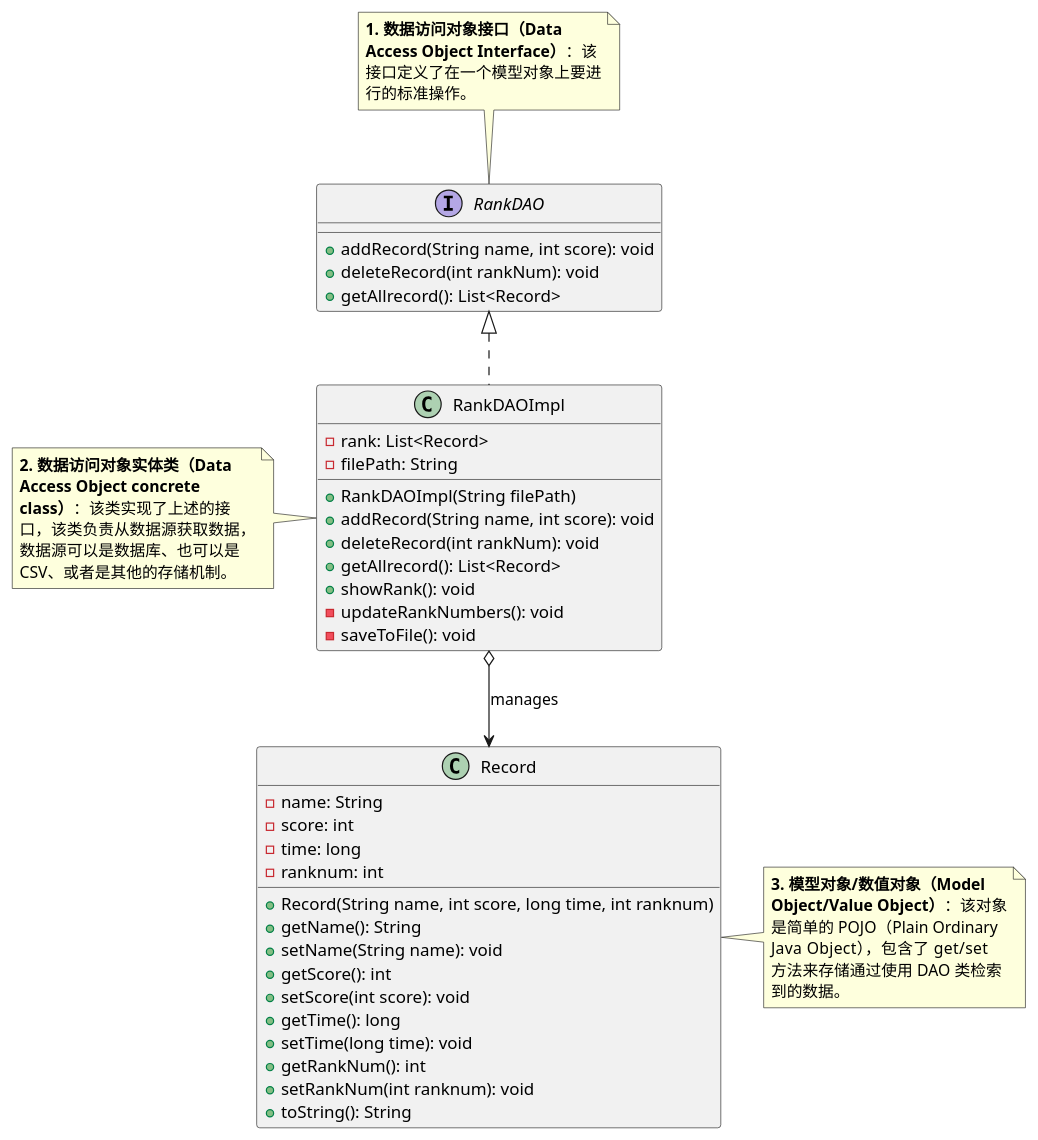
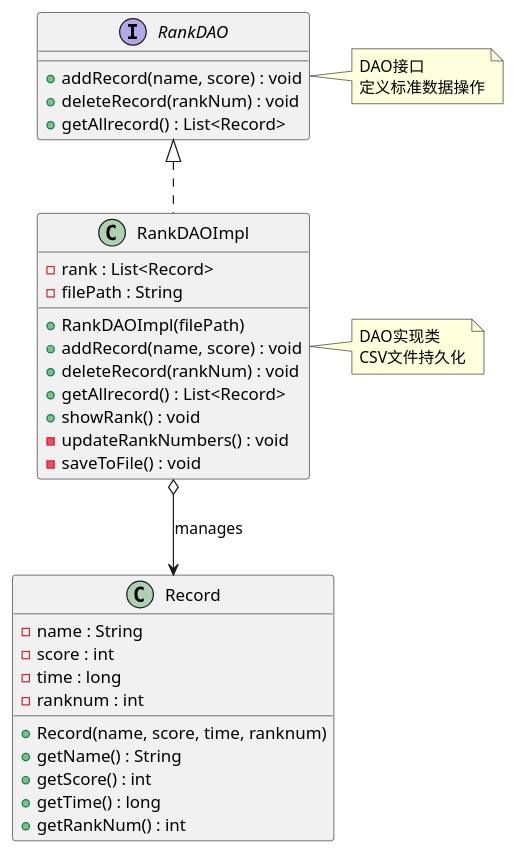
Before and after one commit to Mercury-0510/Software25Lab: the diagram in uml/lab4_DAO.puml, drawn with PlantUML. The commit also changed 16 other files, not shown here.

```diff
--- a/uml/lab4_DAO.puml
+++ b/uml/lab4_DAO.puml
@@ -1,50 +1,46 @@
-@startuml DAOPattern
+@startuml dao
 
 interface RankDAO {
-    + addRecord(String name, int score): void
-    + deleteRecord(int rankNum): void
-    + getAllrecord(): List<Record>
+    + addRecord(name, score) : void
+    + deleteRecord(rankNum) : void
+    + getAllrecord() : List<Record>
 }
 
 class RankDAOImpl {
-    - rank: List<Record>
-    - filePath: String
-    
-    + RankDAOImpl(String filePath)
-    + addRecord(String name, int score): void
-    + deleteRecord(int rankNum): void
-    + getAllrecord(): List<Record>
-    + showRank(): void
-    - updateRankNumbers(): void
-    - saveToFile(): void
+    - rank : List<Record>
+    - filePath : String
+    + RankDAOImpl(filePath)
+    + addRecord(name, score) : void
+    + deleteRecord(rankNum) : void
+    + getAllrecord() : List<Record>
+    + showRank() : void
+    - updateRankNumbers() : void
+    - saveToFile() : void
 }
 
 class Record {
-    - name: String
-    - score: int
-    - time: long
-    - ranknum: int
-    
-    + Record(String name, int score, long time, int ranknum)
-    + getName(): String
-    + setName(String name): void
-    + getScore(): int
-    + setScore(int score): void
-    + getTime(): long
-    + setTime(long time): void
-    + getRankNum(): int
-    + setRankNum(int ranknum): void
-    + toString(): String
+    - name : String
+    - score : int
+    - time : long
+    - ranknum : int
+    + Record(name, score, time, ranknum)
+    + getName() : String
+    + getScore() : int
+    + getTime() : long
+    + getRankNum() : int
 }
 
-note top of RankDAO : **1. 数据访问对象接口（Data**\n**Access Object Interface）**：该\n接口定义了在一个模型对象上要进\n行的标准操作。
-
-note left of RankDAOImpl : **2. 数据访问对象实体类（Data**\n**Access Object concrete**\n**class）**：该类实现了上述的接\n口，该类负责从数据源获取数据，\n数据源可以是数据库、也可以是\nCSV、或者是其他的存储机制。
-
-note right of Record : **3. 模型对象/数值对象（Model**\n**Object/Value Object）**：该对象\n是简单的 POJO（Plain Ordinary\nJava Object），包含了 get/set\n方法来存储通过使用 DAO 类检索\n到的数据。
-
 RankDAO <|.. RankDAOImpl
-
 RankDAOImpl o--> Record : manages
 
+note right of RankDAO
+  DAO接口
+  定义标准数据操作
+end note
+
+note right of RankDAOImpl
+  DAO实现类
+  CSV文件持久化
+end note
+
 @enduml
```
